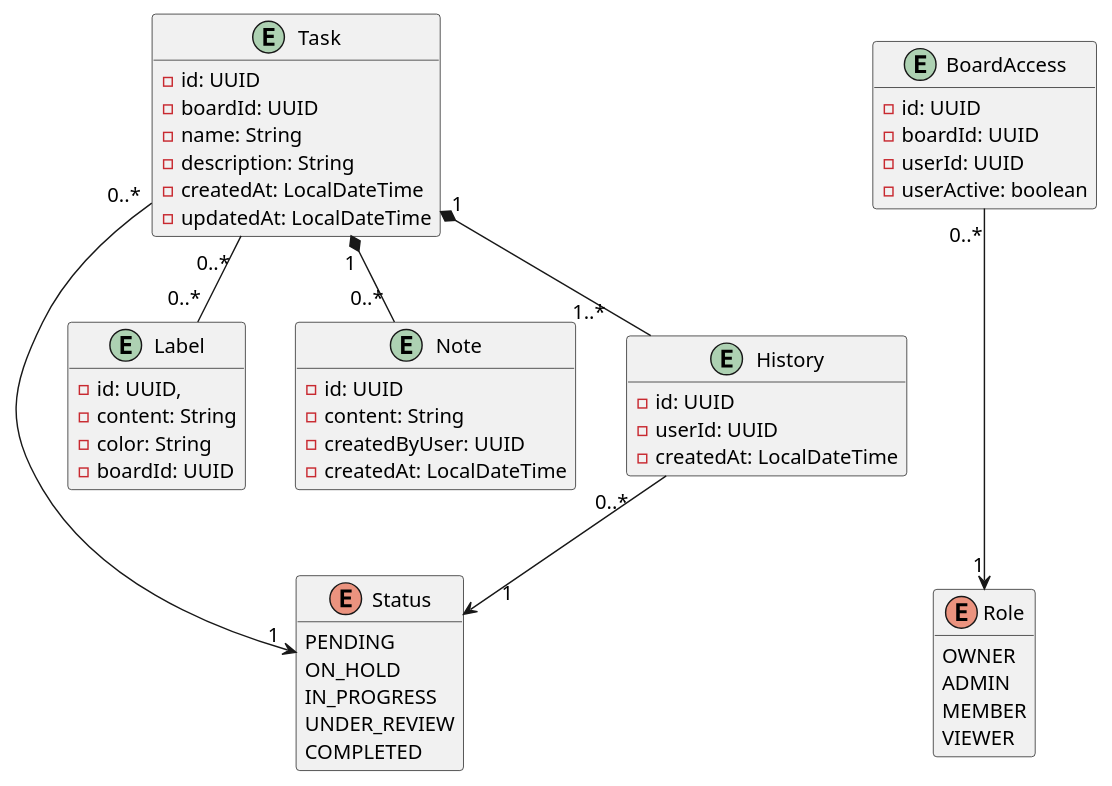
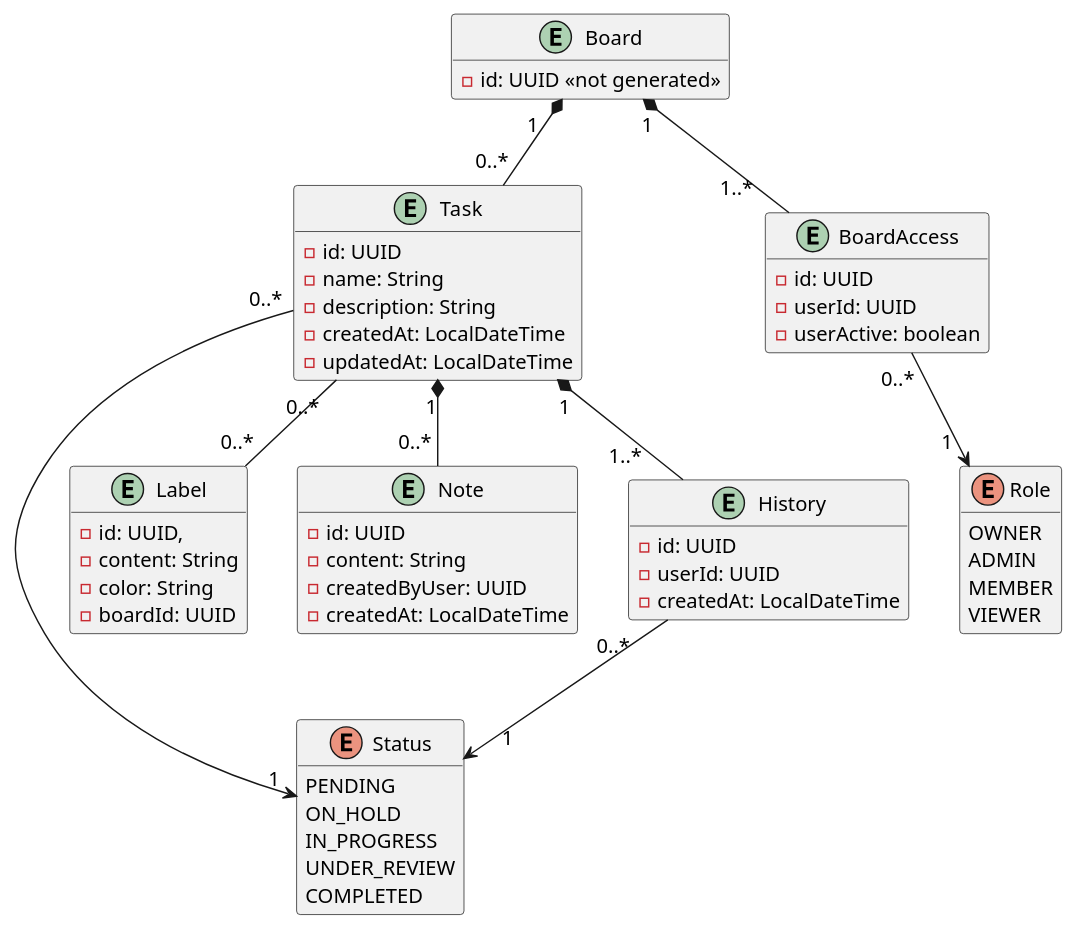
The diagram in assets/Workflow_diagram.puml (ArmandoEnrique1010K/TrelloMicroservices), drawn with PlantUML before and after one commit. The commit also changed 23 other files, not shown here.

First line of the commit message:
Añadir la sincronización de la entidad Board en Workflow y la entidad de BoardAccess

```diff
--- a/assets/Workflow_diagram.puml
+++ b/assets/Workflow_diagram.puml
@@ -1,90 +1,100 @@
 @startuml Workflow
 hide methods
 skinparam ArrowFontSize 14
 
 ' =========================================================
 ' Datos provenientes indirectamente de PROJECT
 ' =========================================================
 
 ' OWNER representa al usuario administrador del workspace.
 '
 ' boardId hace referencia a un board administrado por
 ' PROJECT. No es una FK hacia una entidad Board de TASK.
 enum Role {
   OWNER
   ADMIN
   MEMBER
   VIEWER
 }
 
 entity BoardAccess {
   - id: UUID
-  - boardId: UUID
+  '- boardId: UUID
   - userId: UUID
   - userActive: boolean
 }
 
+
+'El ID de la entidad Board no es generado automaticamente, se
+'toma el ID del Board generado en el microservicio Project, es
+'por ello que se coloca <<not generated>>
+entity Board {
+  - id: UUID <<not generated>>
+}
 
 
 ' =========================================================
 ' Entidades propias de WORKFLOW
 ' =========================================================
 
 'El valor por defecto del estado es PENDING
 enum Status {
   PENDING 
   ON_HOLD
   IN_PROGRESS
   UNDER_REVIEW
   COMPLETED
 }
 
 entity Task {
   - id: UUID
-  - boardId: UUID
+'  - boardId: UUID
   - name: String
   - description: String
   - createdAt: LocalDateTime
   - updatedAt: LocalDateTime
 }
 
 entity Label {
   - id: UUID,
   - content: String
   - color: String
   - boardId: UUID
 }
 
 entity Note {
   - id: UUID
   - content: String
   - createdByUser: UUID
   - createdAt: LocalDateTime
 }
 
 
 ' Historial de estados de Task.
 ' Al crear una Task, se crea también su primer History.
 
 entity History {
   - id: UUID
   - userId: UUID
   - createdAt: LocalDateTime
 }
 
-'Una tarea puede tener ninguno, 1 o varios labels diferentes
 
 ' =========================================================
 ' Relaciones
 ' =========================================================
+'Una tarea puede tener ninguno, 1 o varios labels diferentes
 Task "0..* " -- "0..*" Label
 Task "1" *-- "0..* " Note
 Task "1" *-- "1..*     " History
 
-BoardAccess "0..*" ---> "   1" Role
 Task "0..*" -> "1 " Status
 History " 0..*    " --> "     1  " Status
+
+Board "1" *-- "1..*    " BoardAccess
+Board " 1   " *-- "0..*" Task
+BoardAccess "0..*" --> "1  " Role
 
 
 
 @enduml
```
